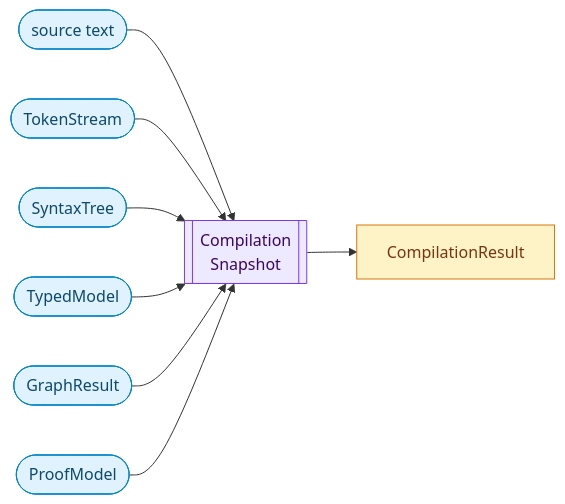
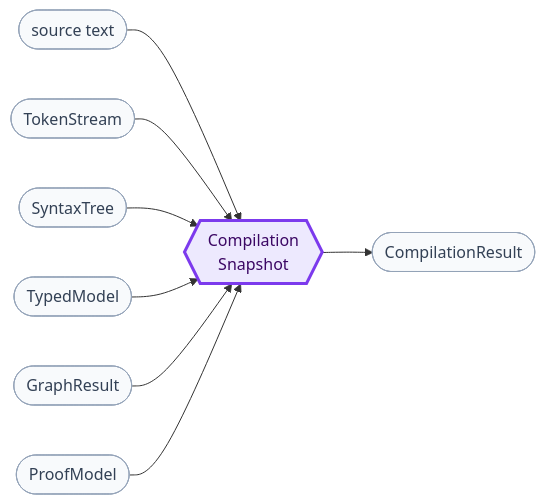
The seventh of 9 diagrams in docs/compiler-and-runtime-design.md (sfalik/Precept), drawn with Mermaid before and after one commit. The commit also changed other lines of this file, not shown here.

Commit message:
docs: fix diagram shape consistency and visual hierarchy in §4–§11

````diff
--- a/docs/compiler-and-runtime-design.md
+++ b/docs/compiler-and-runtime-design.md
@@ -464,23 +459,22 @@
 ```mermaid
 flowchart LR
-    SRC(["source text"]):::input
-    TS(["TokenStream"]):::input
-    ST(["SyntaxTree"]):::input
-    TM(["TypedModel"]):::input
-    GR(["GraphResult"]):::input
-    PM(["ProofModel"]):::input
-    SNAP[["Compilation\nSnapshot"]]:::stage
-    OUT["CompilationResult"]:::artifact
+    classDef data fill:#f8fafc,stroke:#94a3b8,color:#334155
+    classDef stage fill:#ede9fe,stroke:#7c3aed,stroke-width:3px,color:#3b0764
+
+    SRC(["source text"]):::data
+    TS(["TokenStream"]):::data
+    ST(["SyntaxTree"]):::data
+    TM(["TypedModel"]):::data
+    GR(["GraphResult"]):::data
+    PM(["ProofModel"]):::data
+    SNAP{{"Compilation\nSnapshot"}}:::stage
+    OUT(["CompilationResult"]):::data
 
     SRC --> SNAP
     TS --> SNAP
     ST --> SNAP
     TM --> SNAP
     GR --> SNAP
     PM --> SNAP
     SNAP --> OUT
-
-    classDef input fill:#e0f2fe,stroke:#0284c7,color:#0c4a6e
-    classDef stage fill:#ede9fe,stroke:#7c3aed,color:#3b0764
-    classDef artifact fill:#fef3c7,stroke:#d97706,color:#78350f
 ```
````
